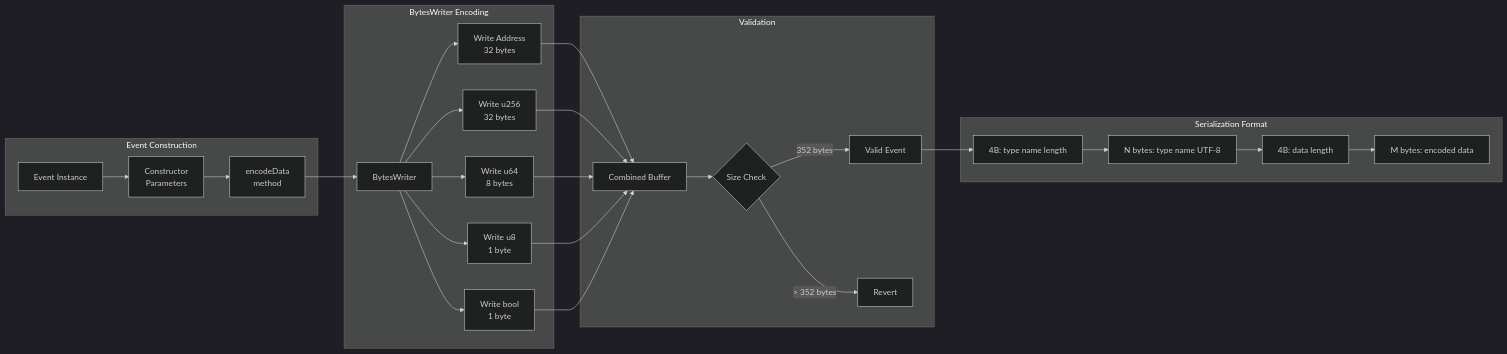
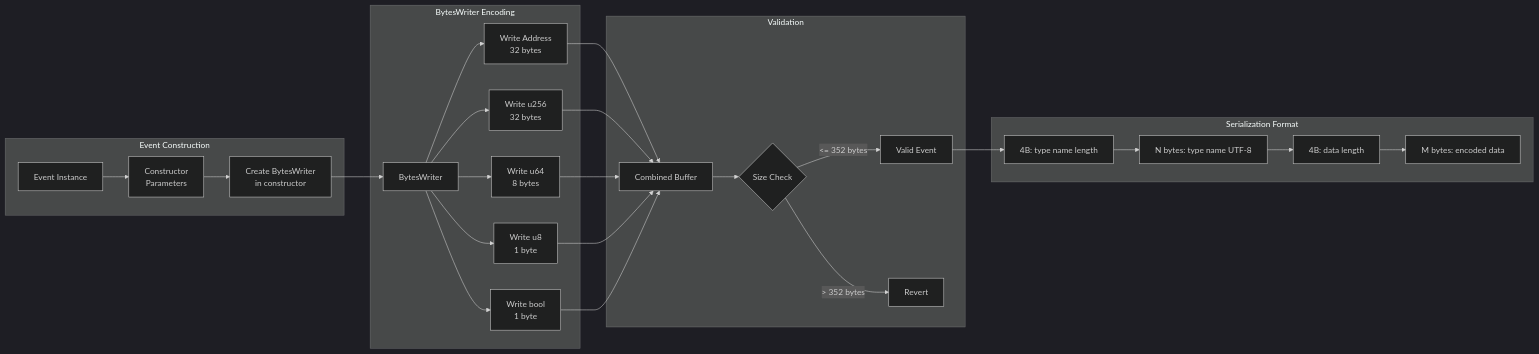
The fourth of 4 diagrams in docs/api-reference/events.md (btc-vision/btc-runtime), drawn with Mermaid (dark theme) before and after one commit. The commit also changed other lines of this file and 16 other files, not shown here.

````diff
--- a/docs/api-reference/events.md
+++ b/docs/api-reference/events.md
@@ -288,30 +275,30 @@
 ```mermaid
 flowchart LR
     subgraph "Event Construction"
         A[Event Instance] --> B[Constructor<br/>Parameters]
-        B --> C[encodeData<br/>method]
+        B --> C[Create BytesWriter<br/>in constructor]
     end
 
     subgraph "BytesWriter Encoding"
         C --> D[BytesWriter]
         D --> E[Write Address<br/>32 bytes]
         D --> F[Write u256<br/>32 bytes]
         D --> G[Write u64<br/>8 bytes]
         D --> H[Write u8<br/>1 byte]
         D --> I[Write bool<br/>1 byte]
     end
 
     subgraph "Validation"
         E & F & G & H & I --> J[Combined Buffer]
         J --> K{Size Check}
-        K -->|352 bytes| L[Valid Event]
+        K -->|<= 352 bytes| L[Valid Event]
         K -->|> 352 bytes| M[Revert]
     end
 
     subgraph "Serialization Format"
         L --> N[4B: type name length]
         N --> O[N bytes: type name UTF-8]
         O --> P[4B: data length]
         P --> Q[M bytes: encoded data]
     end
 ```
````
